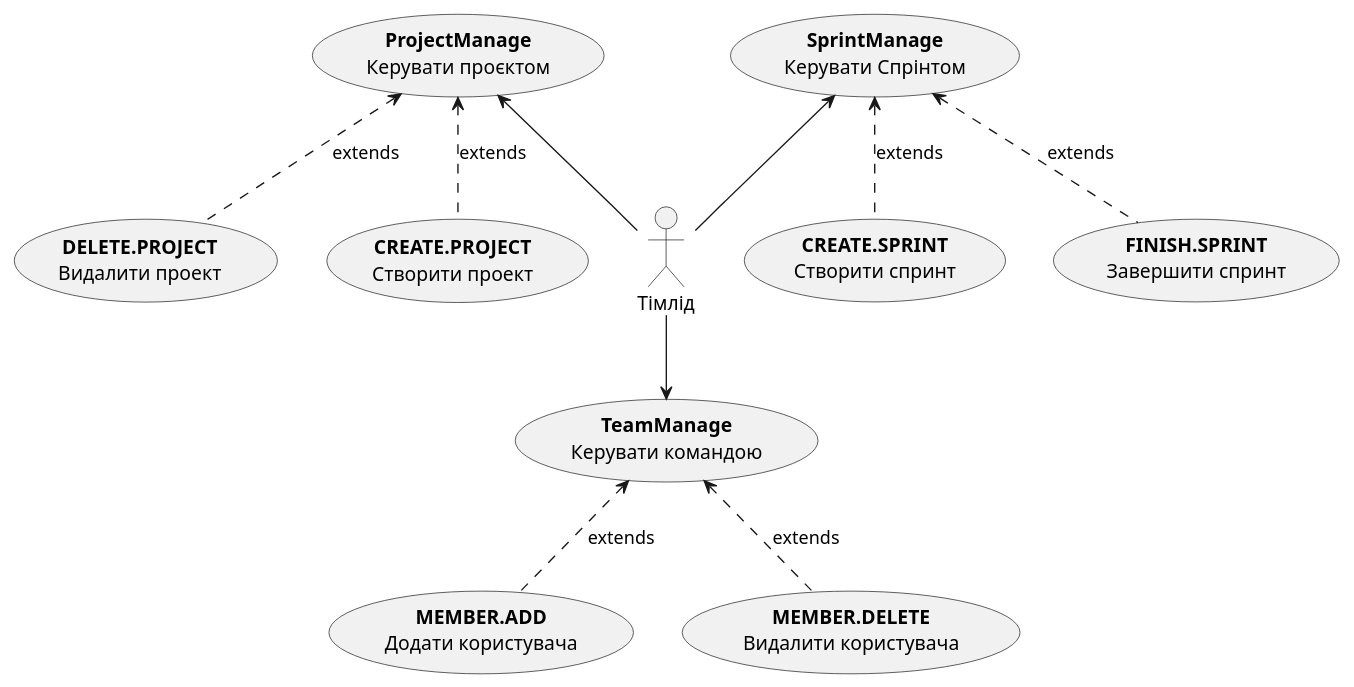
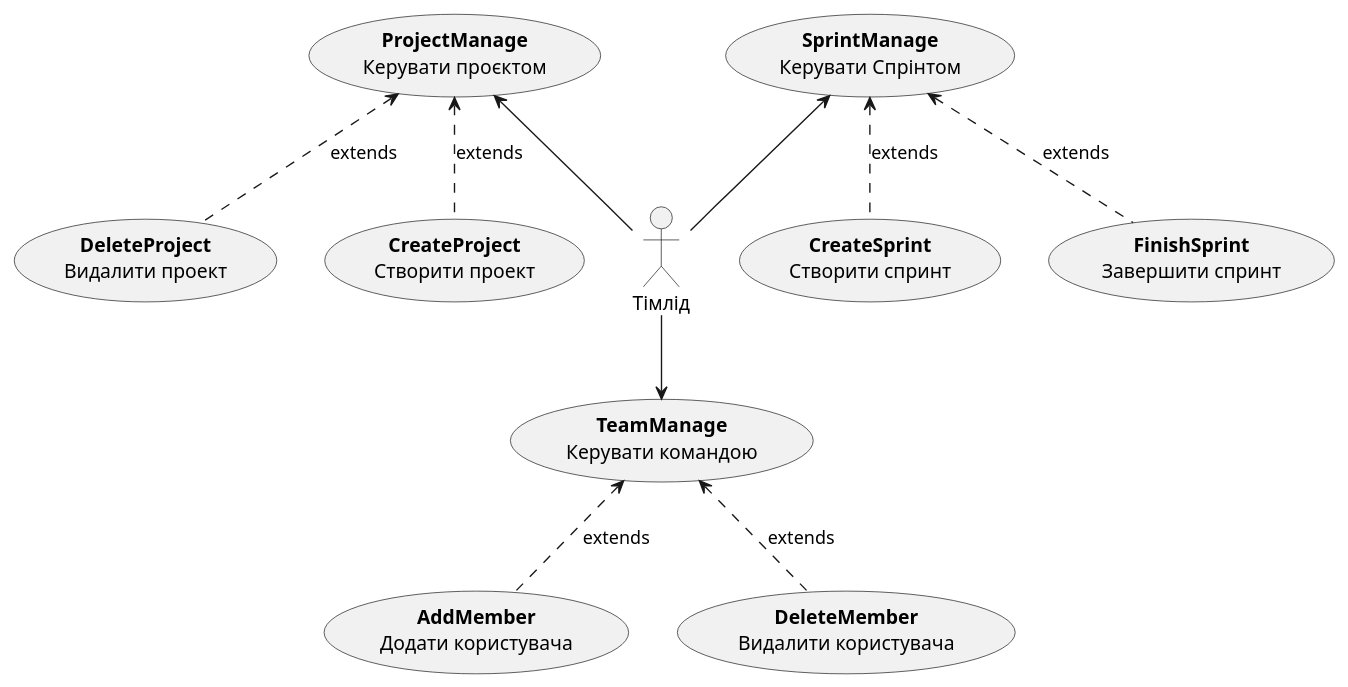
One commit to witchkaa/databases-course-work changed the third of 17 diagrams in docs/use cases/README.md. Above: the diagram before and after it, drawn with PlantUML. The commit also changed other lines of this file, not shown here.

Commit message:
Refactore uml diagram

```diff
--- a/docs/use cases/README.md
+++ b/docs/use cases/README.md
@@ -141,29 +143,29 @@
 @startuml
 
     actor "Тімлід" as Lead
 
     usecase "<b>TeamManage</b>\nКерувати командою" as TeamManage
-    usecase "<b>MEMBER.ADD</b>\nДодати користувача" as AddMember
-    usecase "<b>MEMBER.DELETE</b>\nВидалити користувача" as DeleteMember
+    usecase "<b>AddMember</b>\nДодати користувача" as AddMember
+    usecase "<b>DeleteMember</b>\nВидалити користувача" as DeleteMember
     
     usecase "<b>ProjectManage</b>\nКерувати проєктом" as ProjectManage
-    usecase "<b>CREATE.PROJECT</b>\nСтворити проект" as CreateProject
-    usecase "<b>DELETE.PROJECT</b>\nВидалити проект" as DeleteProject
+    usecase "<b>CreateProject</b>\nСтворити проект" as CreateProject
+    usecase "<b>DeleteProject</b>\nВидалити проект" as DeleteProject
     
     usecase "<b>SprintManage</b>\nКерувати Спрінтом" as SprintManage
-    usecase "<b>CREATE.SPRINT</b>\nСтворити спринт" as CreateSprint
-    usecase "<b>FINISH.SPRINT</b>\nЗавершити спринт" as FinishSprint
+    usecase "<b>CreateSprint</b>\nСтворити спринт" as CreateSprint
+    usecase "<b>FinishSprint</b>\nЗавершити спринт" as FinishSprint
     
     Lead -d-> TeamManage
     AddMember .u.> TeamManage:extends
     DeleteMember .u.> TeamManage:extends
     
     Lead -u-> ProjectManage
     CreateProject .u.> ProjectManage:extends
     DeleteProject .u.> ProjectManage:extends
     
     Lead -u-> SprintManage
     CreateSprint .u.> SprintManage:extends
     FinishSprint .u.> SprintManage:extends
 
 @enduml
```
